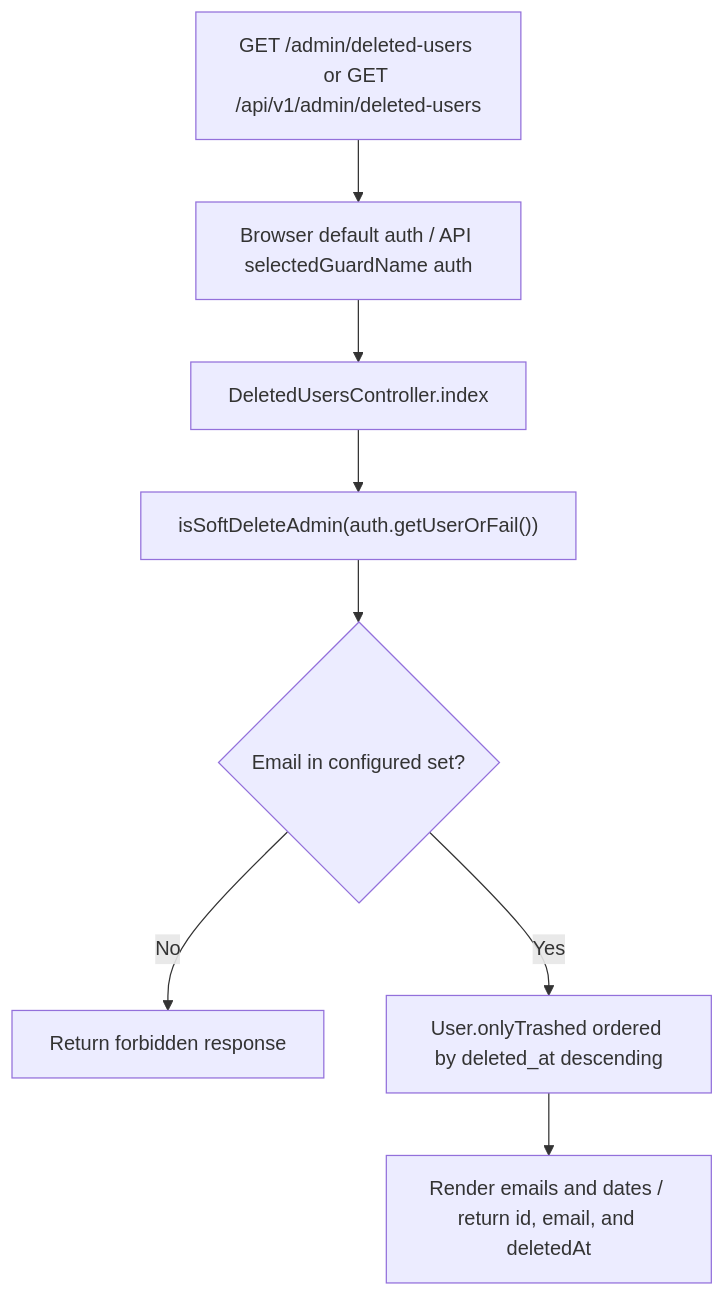
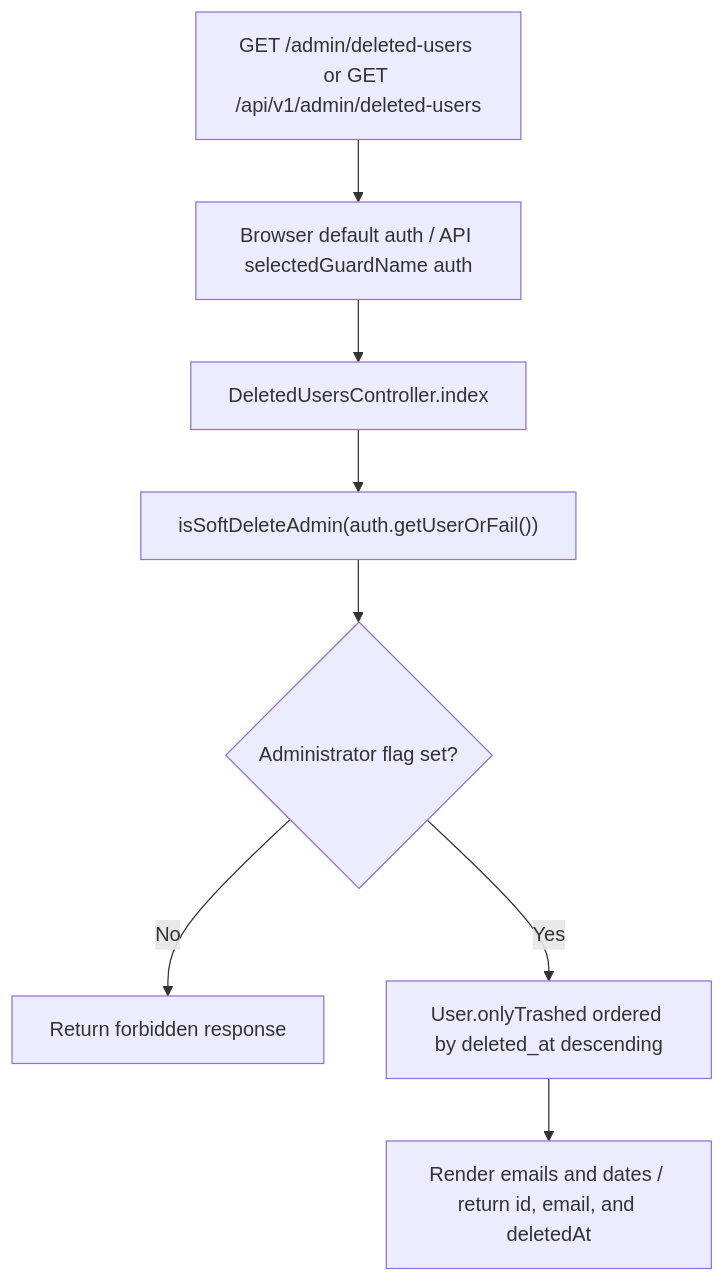
Before and after one commit to Kevinjohn/oss-adonisjs-starter-examples: the second of 2 diagrams in user-stories/soft-delete/us-delete-02-list-deleted-accounts.md, drawn with Mermaid. The commit also changed other lines of this file and 107 other files, not shown here.

````diff
--- a/user-stories/soft-delete/us-delete-02-list-deleted-accounts.md
+++ b/user-stories/soft-delete/us-delete-02-list-deleted-accounts.md
@@ -36,10 +36,10 @@
 ```mermaid
 flowchart TD
     A["GET /admin/deleted-users or GET /api/v1/admin/deleted-users"] --> B["Browser default auth / API selectedGuardName auth"]
     B --> C["DeletedUsersController.index"]
     C --> D["isSoftDeleteAdmin(auth.getUserOrFail())"]
-    D --> E{"Email in configured set?"}
+    D --> E{"Administrator flag set?"}
     E -->|No| F["Return forbidden response"]
     E -->|Yes| G["User.onlyTrashed ordered by deleted_at descending"]
     G --> H["Render emails and dates / return id, email, and deletedAt"]
 ```
````
